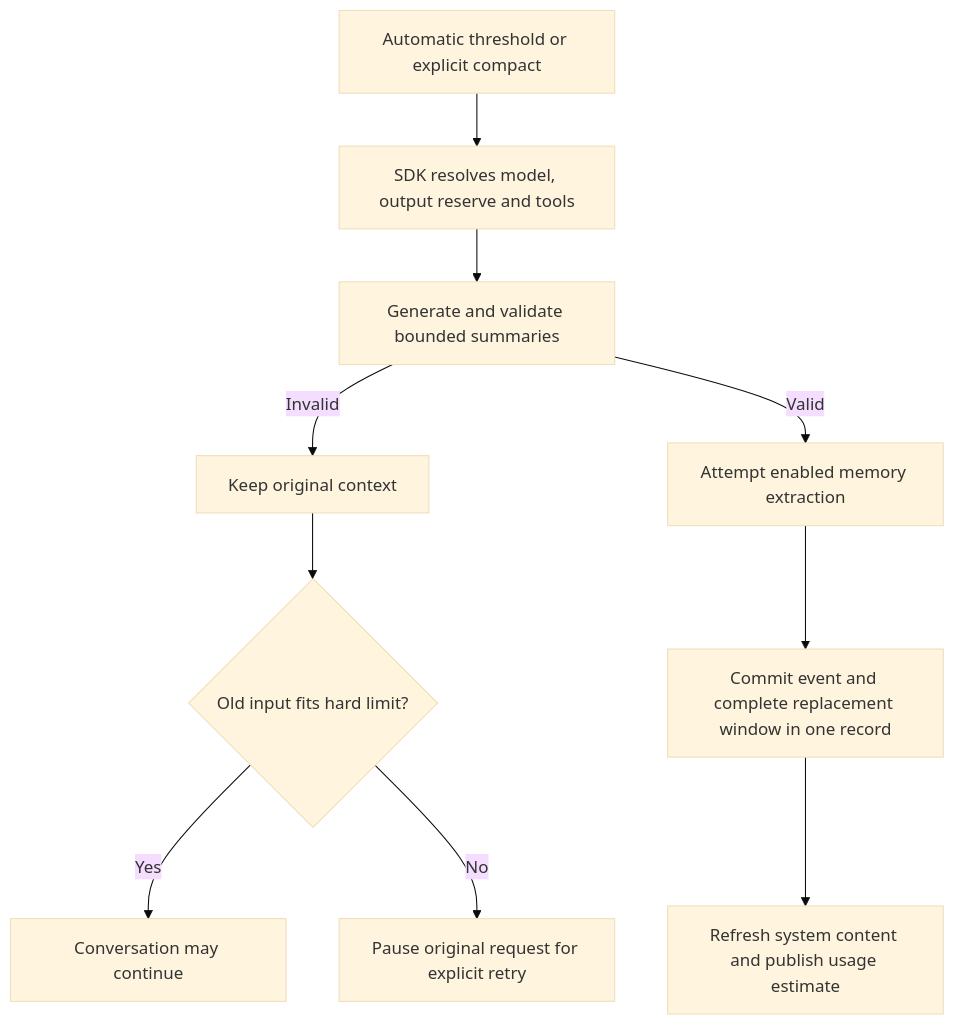
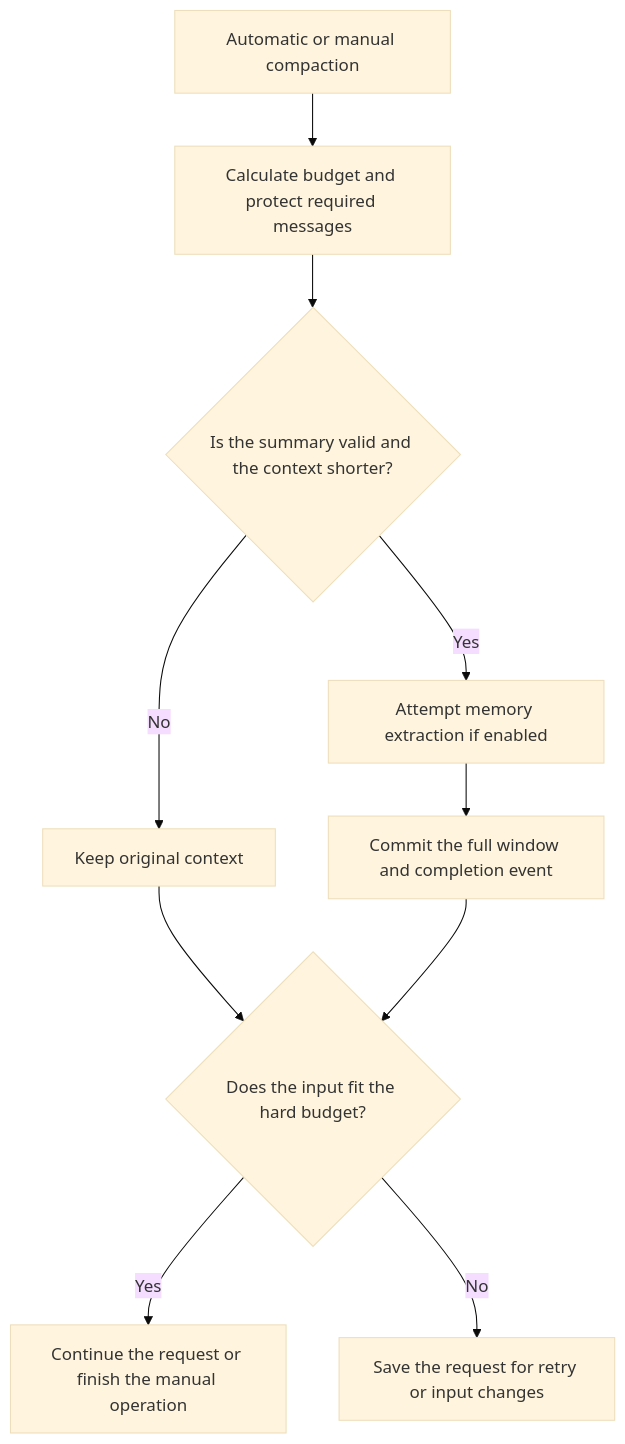
One commit to modelscope/ms-agent changed the diagram in docs/en/Components/ModelCatalog.md. Above: the diagram before and after it, drawn with Mermaid (base theme). The commit also changed other lines of this file and 6 other files, not shown here.

Commit message:
docs: clarify model catalog and context compaction guides

````diff
--- a/docs/en/Components/ModelCatalog.md
+++ b/docs/en/Components/ModelCatalog.md
@@ -35,12 +44,12 @@
 ```mermaid
 flowchart TD
-  A[Automatic threshold or explicit compact] --> B[SDK resolves model, output reserve and tools]
-  B --> C[Generate and validate bounded summaries]
-  C -->|Invalid| D[Keep original context]
-  C -->|Valid| E[Attempt enabled memory extraction]
-  E --> F[Commit event and complete replacement window in one record]
-  F --> G[Refresh system content and publish usage estimate]
-  D --> H{Old input fits hard limit?}
-  H -->|Yes| I[Conversation may continue]
-  H -->|No| J[Pause original request for explicit retry]
+  A[Automatic or manual compaction] --> B[Calculate budget and protect required messages]
+  B --> C{Is the summary valid and the context shorter?}
+  C -->|No| D[Keep original context]
+  C -->|Yes| E[Attempt memory extraction if enabled]
+  E --> F[Commit the full window and completion event]
+  D --> G{Does the input fit the hard budget?}
+  F --> G
+  G -->|Yes| H[Continue the request or finish the manual operation]
+  G -->|No| I[Save the request for retry or input changes]
 ```
````
